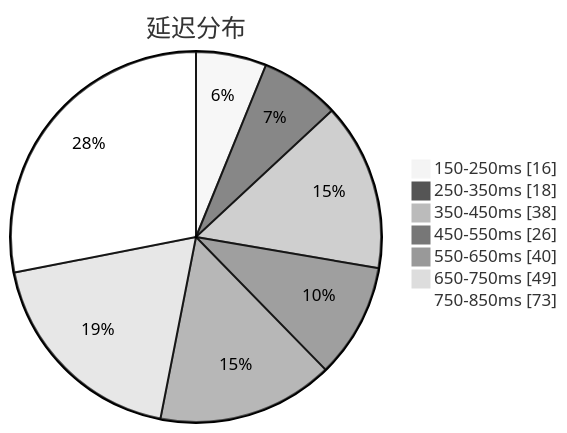
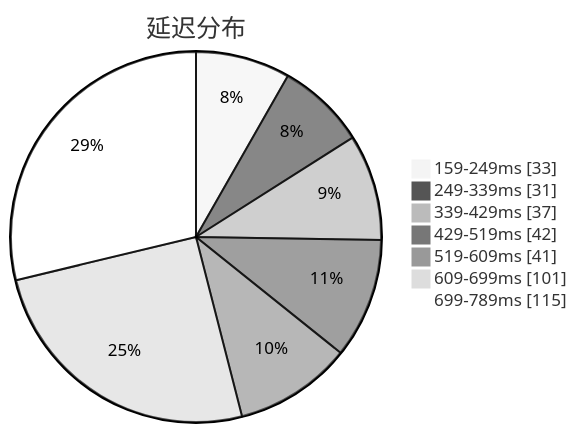
One commit to qjlxg/airport changed the first of 3 diagrams in subs/statistics/tested_within.md. Above: the diagram before and after it, drawn with Mermaid (neutral theme). The commit also changed other lines of this file and 2 other files, not shown here.

Commit message:
Tested by metaST

````diff
--- a/subs/statistics/tested_within.md
+++ b/subs/statistics/tested_within.md
@@ -2,11 +2,11 @@
 ```mermaid
 pie showData
 title 延迟分布
-"150-250ms" : 16
-"250-350ms" : 18
-"350-450ms" : 38
-"450-550ms" : 26
-"550-650ms" : 40
-"650-750ms" : 49
-"750-850ms" : 73
+"159-249ms" : 33
+"249-339ms" : 31
+"339-429ms" : 37
+"429-519ms" : 42
+"519-609ms" : 41
+"609-699ms" : 101
+"699-789ms" : 115
 ```
````
